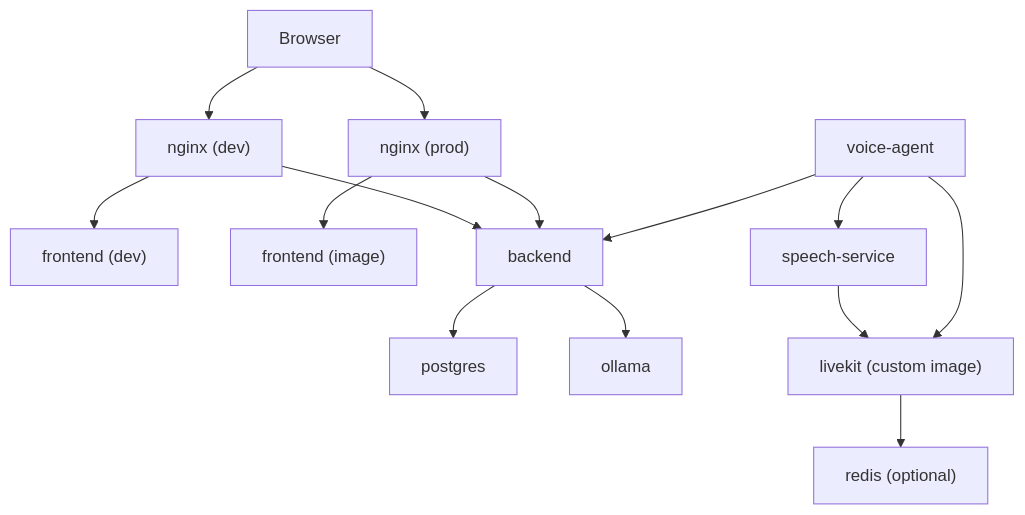
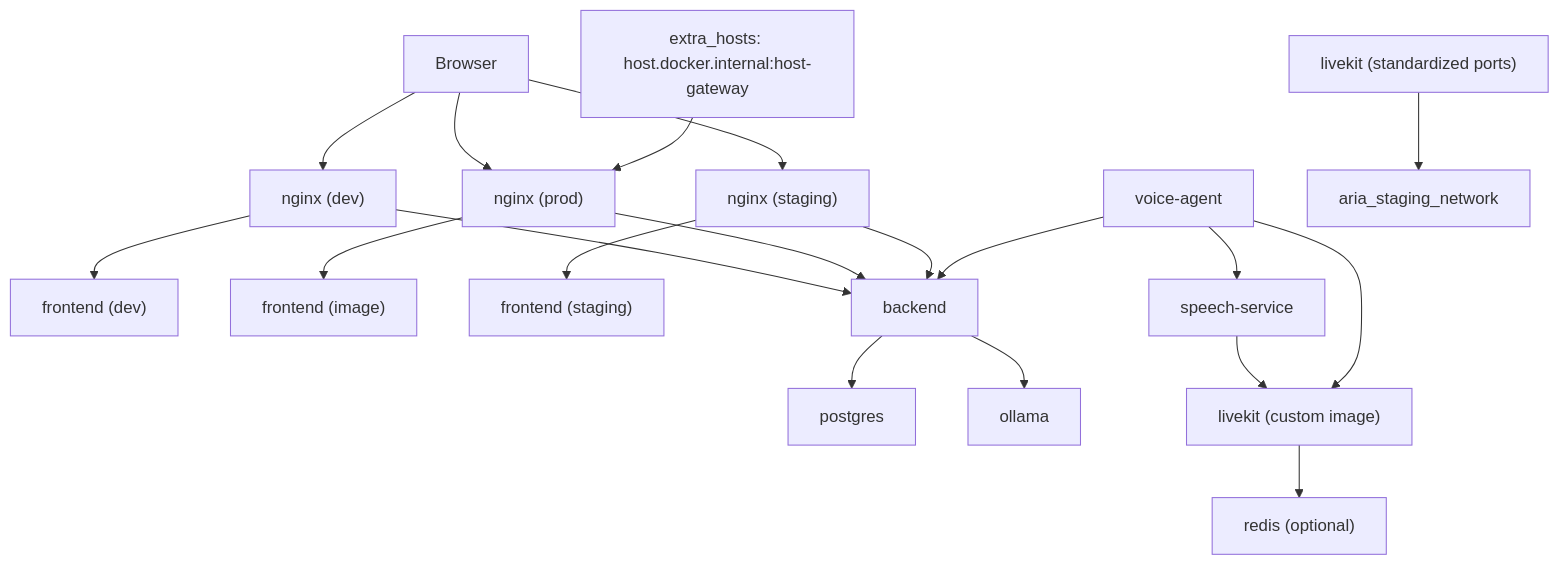
Before and after one commit to Revanththetalogics/aireume: the second of 12 diagrams in .qoder/repowiki/en/content/Deployment & DevOps/Docker Configuration.md, drawn with Mermaid. The commit also changed other lines of this file and 58 other files, not shown here.

````diff
--- a/.qoder/repowiki/en/content/Deployment & DevOps/Docker Configuration.md
+++ b/.qoder/repowiki/en/content/Deployment & DevOps/Docker Configuration.md
@@ -186,28 +222,38 @@
 ```mermaid
 graph TB
 Browser["Browser"]
 NginxDev["nginx (dev)"]
 NginxProd["nginx (prod)"]
+NginxStaging["nginx (staging)"]
 FrontendDev["frontend (dev)"]
 FrontendProd["frontend (image)"]
+FrontendStaging["frontend (staging)"]
 Backend["backend"]
 Postgres["postgres"]
 Ollama["ollama"]
 SpeechService["speech-service"]
 VoiceAgent["voice-agent"]
 LiveKit["livekit (custom image)"]
+LiveKitStaging["livekit (standardized ports)"]
 Redis["redis (optional)"]
+ExtraHosts["extra_hosts: host.docker.internal:host-gateway"]
+StagingNetwork["aria_staging_network"]
 Browser --> NginxDev
 Browser --> NginxProd
+Browser --> NginxStaging
 NginxDev --> FrontendDev
 NginxDev --> Backend
 NginxProd --> FrontendProd
 NginxProd --> Backend
+NginxStaging --> FrontendStaging
+NginxStaging --> Backend
 Backend --> Postgres
 Backend --> Ollama
 SpeechService --> LiveKit
 VoiceAgent --> LiveKit
 VoiceAgent --> SpeechService
 VoiceAgent --> Backend
 LiveKit --> Redis
+LiveKitStaging --> StagingNetwork
+ExtraHosts --> NginxProd
 ```
````
